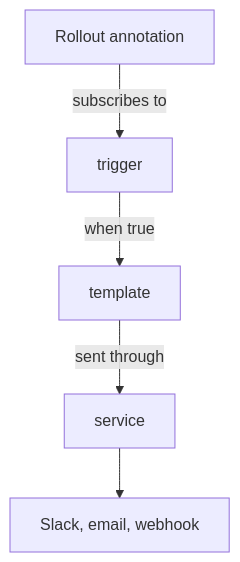
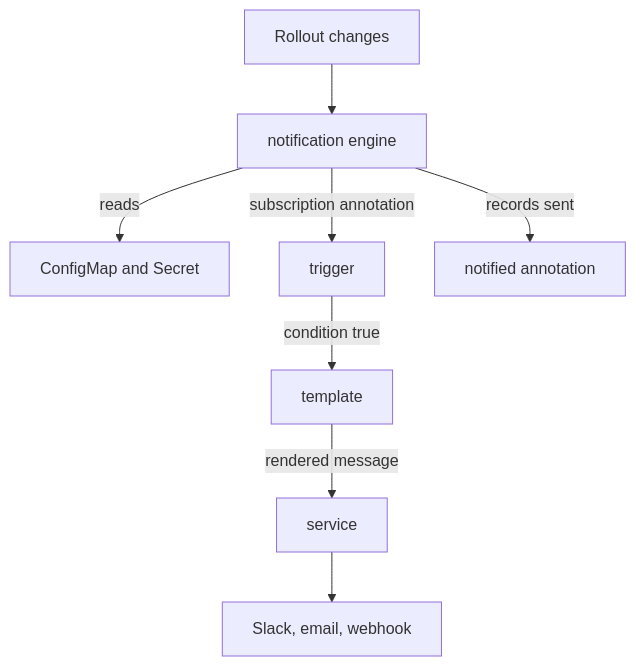
One commit to astrona-io/ATS062 changed the diagram in sections/section-010/module-05/course-01-how-the-notification-engine-works.md. Above: the diagram before and after it, drawn with Mermaid. The commit also changed other lines of this file and 17 other files, not shown here.

First line of the commit message:
Deepen ATS062 thin parts and add mechanism diagrams

````diff
--- a/sections/section-010/module-05/course-01-how-the-notification-engine-works.md
+++ b/sections/section-010/module-05/course-01-how-the-notification-engine-works.md
@@ -25,7 +35,10 @@
 ```mermaid
 flowchart TB
-    R["Rollout annotation"] -->|"subscribes to"| T["trigger"]
-    T -->|"when true"| M["template"]
-    M -->|"sent through"| S["service"]
+    R["Rollout changes"] --> E["notification engine"]
+    E -->|"reads"| C["ConfigMap and Secret"]
+    E -->|"subscription annotation"| T["trigger"]
+    T -->|"condition true"| M["template"]
+    M -->|"rendered message"| S["service"]
     S --> D["Slack, email, webhook"]
+    E -->|"records sent"| N["notified annotation"]
 ```
````
